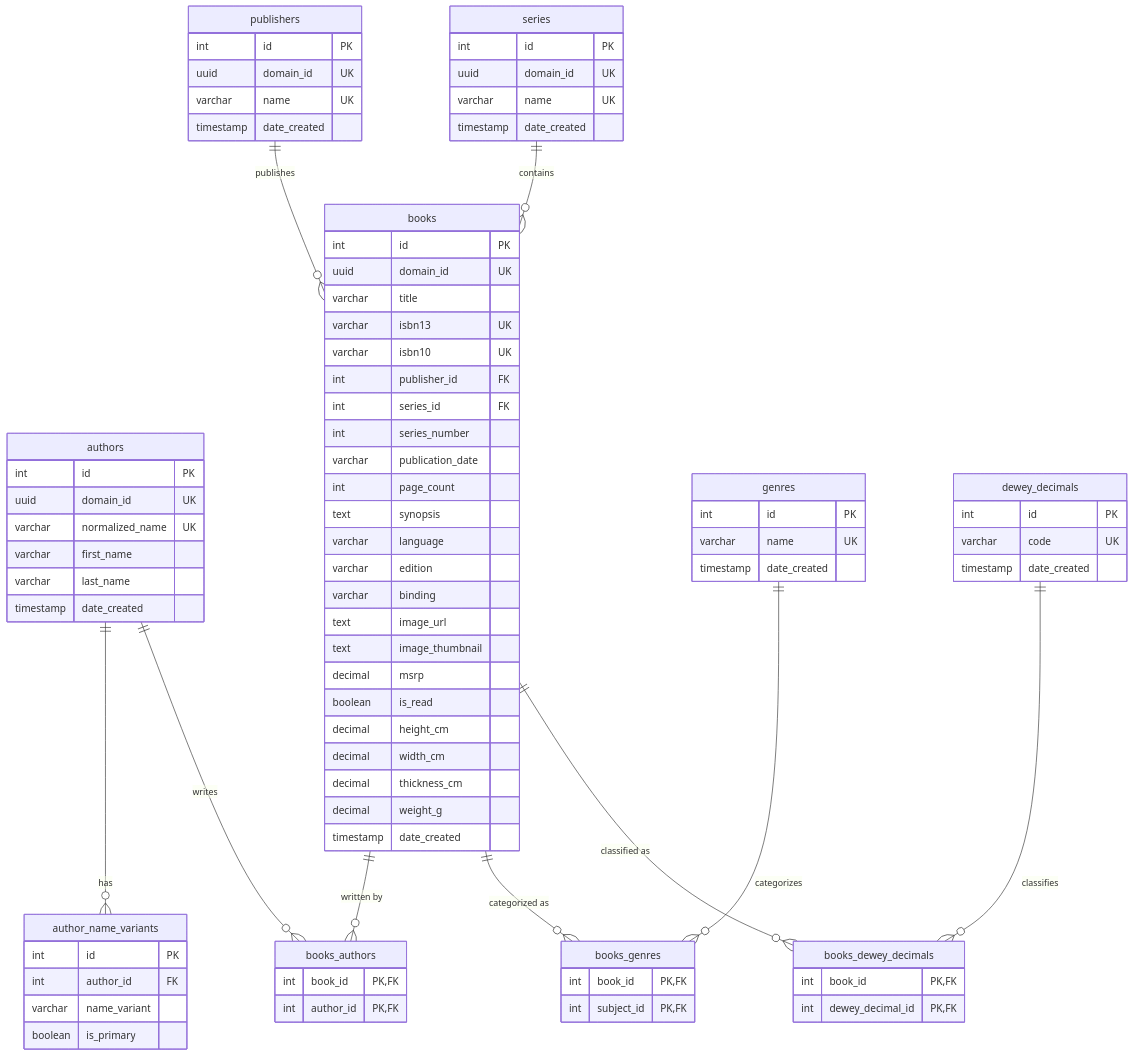
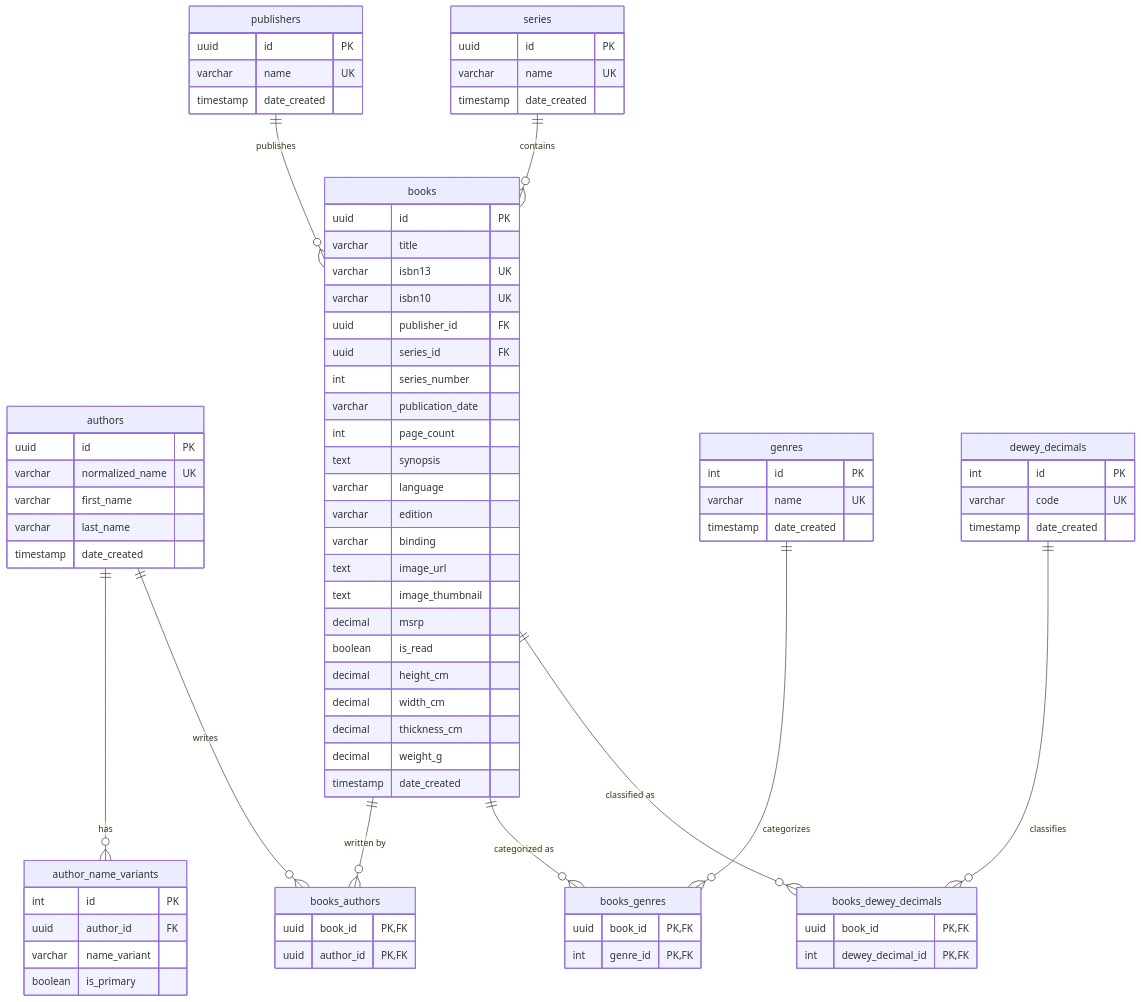
The diagram in README.md (lynge96/Reveries), drawn with Mermaid before and after one commit. The commit also changed 11 other files, not shown here.

````diff
--- a/README.md
+++ b/README.md
@@ -55,8 +55,7 @@
 ```mermaid
 erDiagram
     authors {
-        int id PK
-        uuid domain_id UK
+        uuid id PK
         varchar normalized_name UK
         varchar first_name
         varchar last_name
@@ -65,19 +64,18 @@
     
     author_name_variants {
         int id PK
-        int author_id FK
+        uuid author_id FK
         varchar name_variant
         boolean is_primary
     }
     
     books {
-        int id PK
-        uuid domain_id UK
+        uuid id PK
         varchar title
         varchar isbn13 UK
         varchar isbn10 UK
-        int publisher_id FK
-        int series_id FK
+        uuid publisher_id FK
+        uuid series_id FK
         int series_number
         varchar publication_date
         int page_count
@@ -97,8 +95,7 @@
     }
     
     publishers {
-        int id PK
-        uuid domain_id UK
+        uuid id PK
         varchar name UK
         timestamp date_created
     }
@@ -110,17 +107,17 @@
     }
     
     books_authors {
-        int book_id PK, FK
-        int author_id PK, FK
+        uuid book_id PK, FK
+        uuid author_id PK, FK
     }
     
     books_genres {
-        int book_id PK, FK
-        int subject_id PK, FK
+        uuid book_id PK, FK
+        int genre_id PK, FK
     }
     
     books_dewey_decimals {
-        int book_id PK, FK
+        uuid book_id PK, FK
         int dewey_decimal_id PK, FK
     }
 
@@ -131,8 +128,7 @@
     }
 
     series {
-        int id PK
-        uuid domain_id UK
+        uuid id PK
         varchar name UK
         timestamp date_created
     }
````
